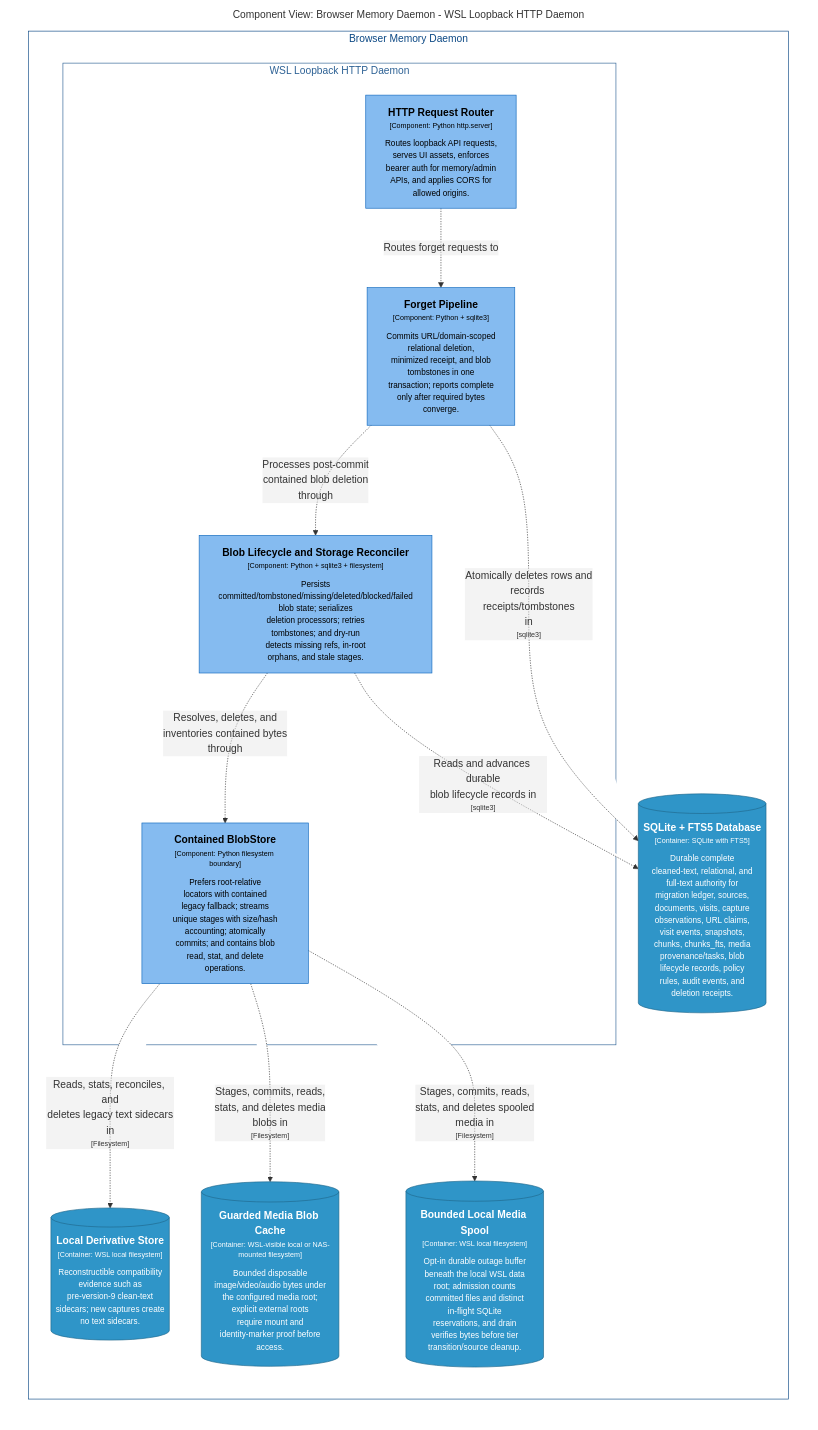
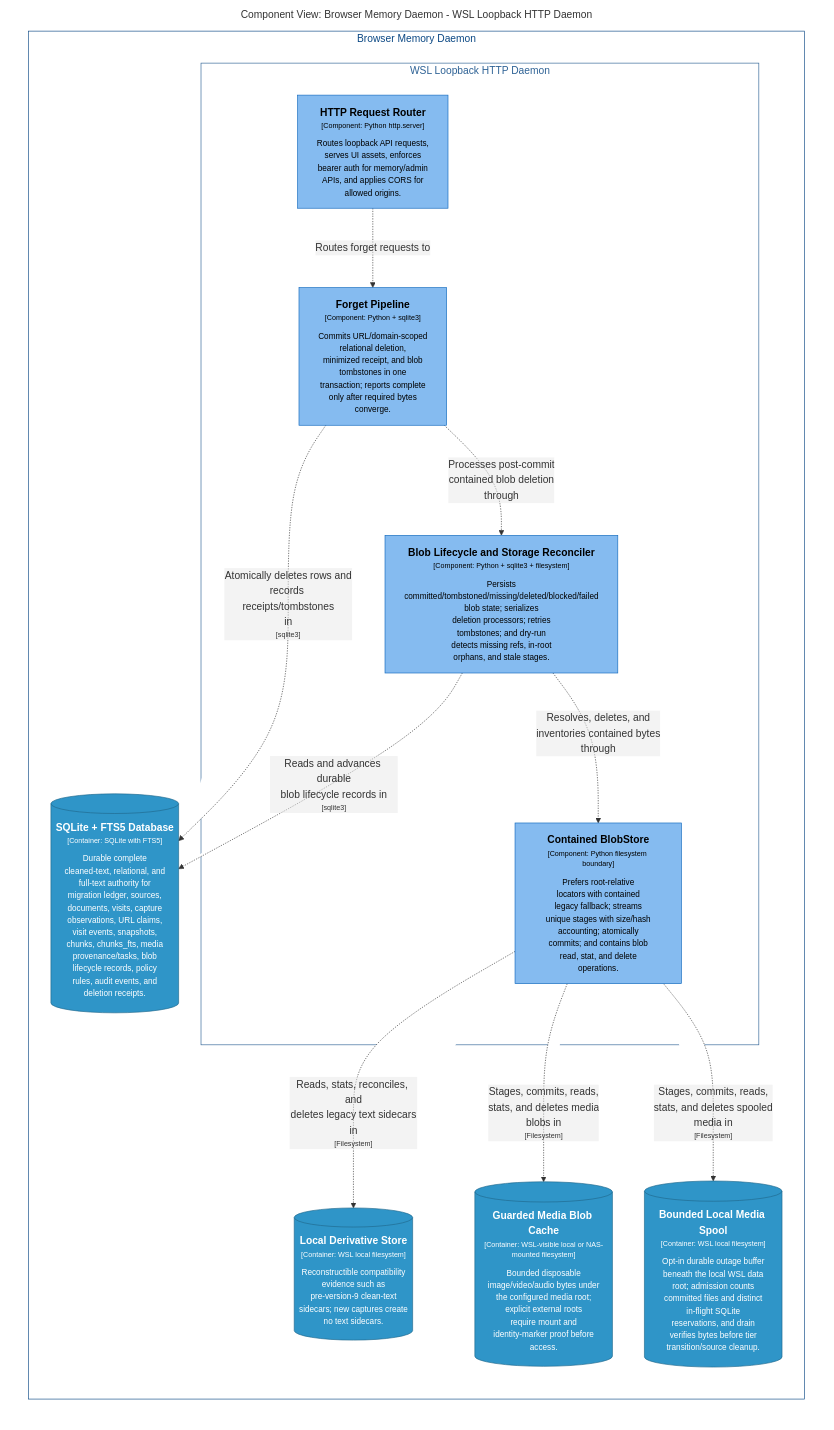
Before and after one commit to michaelnicks0/browser-memory-daemon: the diagram in docs/architecture/diagrams/structurizr-DaemonForgetComponents.mmd, drawn with Mermaid. The commit also changed 154 other files, not shown here.

Commit message:
refactor(media): extract cache admission store

```diff
--- a/docs/architecture/diagrams/structurizr-DaemonForgetComponents.mmd
+++ b/docs/architecture/diagrams/structurizr-DaemonForgetComponents.mmd
@@ -1,42 +1,42 @@
 graph LR
   linkStyle default fill:#ffffff
 
   subgraph diagram ["Component View: Browser Memory Daemon - WSL Loopback HTTP Daemon"]
     style diagram fill:#ffffff,stroke:#ffffff
 
     subgraph 4 ["Browser Memory Daemon"]
       style 4 fill:#ffffff,stroke:#0b4884,color:#0b4884
 
       subgraph 14 ["WSL Loopback HTTP Daemon"]
         style 14 fill:#ffffff,stroke:#2e6295,color:#2e6295
 
         15["<div style='font-weight: bold'>HTTP Request Router</div><div style='font-size: 70%; margin-top: 0px'>[Component: Python http.server]</div><div style='font-size: 80%; margin-top:10px'>Routes loopback API requests,<br />serves UI assets, enforces<br />bearer auth for memory/admin<br />APIs, and applies CORS for<br />allowed origins.</div>"]
         style 15 fill:#85bbf0,stroke:#1168bd,color:#000000
-        24["<div style='font-weight: bold'>Contained BlobStore</div><div style='font-size: 70%; margin-top: 0px'>[Component: Python filesystem boundary]</div><div style='font-size: 80%; margin-top:10px'>Prefers root-relative<br />locators with contained<br />legacy fallback; streams<br />unique stages with size/hash<br />accounting; atomically<br />commits; and contains blob<br />read, stat, and delete<br />operations.</div>"]
-        style 24 fill:#85bbf0,stroke:#1168bd,color:#000000
-        25["<div style='font-weight: bold'>Blob Lifecycle and Storage Reconciler</div><div style='font-size: 70%; margin-top: 0px'>[Component: Python + sqlite3 + filesystem]</div><div style='font-size: 80%; margin-top:10px'>Persists<br />committed/tombstoned/missing/deleted/blocked/failed<br />blob state; serializes<br />deletion processors; retries<br />tombstones; and dry-run<br />detects missing refs, in-root<br />orphans, and stale stages.</div>"]
+        25["<div style='font-weight: bold'>Contained BlobStore</div><div style='font-size: 70%; margin-top: 0px'>[Component: Python filesystem boundary]</div><div style='font-size: 80%; margin-top:10px'>Prefers root-relative<br />locators with contained<br />legacy fallback; streams<br />unique stages with size/hash<br />accounting; atomically<br />commits; and contains blob<br />read, stat, and delete<br />operations.</div>"]
         style 25 fill:#85bbf0,stroke:#1168bd,color:#000000
-        27["<div style='font-weight: bold'>Forget Pipeline</div><div style='font-size: 70%; margin-top: 0px'>[Component: Python + sqlite3]</div><div style='font-size: 80%; margin-top:10px'>Commits URL/domain-scoped<br />relational deletion,<br />minimized receipt, and blob<br />tombstones in one<br />transaction; reports complete<br />only after required bytes<br />converge.</div>"]
-        style 27 fill:#85bbf0,stroke:#1168bd,color:#000000
+        26["<div style='font-weight: bold'>Blob Lifecycle and Storage Reconciler</div><div style='font-size: 70%; margin-top: 0px'>[Component: Python + sqlite3 + filesystem]</div><div style='font-size: 80%; margin-top:10px'>Persists<br />committed/tombstoned/missing/deleted/blocked/failed<br />blob state; serializes<br />deletion processors; retries<br />tombstones; and dry-run<br />detects missing refs, in-root<br />orphans, and stale stages.</div>"]
+        style 26 fill:#85bbf0,stroke:#1168bd,color:#000000
+        28["<div style='font-weight: bold'>Forget Pipeline</div><div style='font-size: 70%; margin-top: 0px'>[Component: Python + sqlite3]</div><div style='font-size: 80%; margin-top:10px'>Commits URL/domain-scoped<br />relational deletion,<br />minimized receipt, and blob<br />tombstones in one<br />transaction; reports complete<br />only after required bytes<br />converge.</div>"]
+        style 28 fill:#85bbf0,stroke:#1168bd,color:#000000
       end
 
-      33[("<div style='font-weight: bold'>SQLite + FTS5 Database</div><div style='font-size: 70%; margin-top: 0px'>[Container: SQLite with FTS5]</div><div style='font-size: 80%; margin-top:10px'>Durable complete<br />cleaned-text, relational, and<br />full-text authority for<br />migration ledger, sources,<br />documents, visits, capture<br />observations, URL claims,<br />visit events, snapshots,<br />chunks, chunks_fts, media<br />provenance/tasks, blob<br />lifecycle records, policy<br />rules, audit events, and<br />deletion receipts.</div>")]
-      style 33 fill:#2f95c8,stroke:#20688c,color:#ffffff
-      34[("<div style='font-weight: bold'>Local Derivative Store</div><div style='font-size: 70%; margin-top: 0px'>[Container: WSL local filesystem]</div><div style='font-size: 80%; margin-top:10px'>Reconstructible compatibility<br />evidence such as<br />pre-version-9 clean-text<br />sidecars; new captures create<br />no text sidecars.</div>")]
+      34[("<div style='font-weight: bold'>SQLite + FTS5 Database</div><div style='font-size: 70%; margin-top: 0px'>[Container: SQLite with FTS5]</div><div style='font-size: 80%; margin-top:10px'>Durable complete<br />cleaned-text, relational, and<br />full-text authority for<br />migration ledger, sources,<br />documents, visits, capture<br />observations, URL claims,<br />visit events, snapshots,<br />chunks, chunks_fts, media<br />provenance/tasks, blob<br />lifecycle records, policy<br />rules, audit events, and<br />deletion receipts.</div>")]
       style 34 fill:#2f95c8,stroke:#20688c,color:#ffffff
-      35[("<div style='font-weight: bold'>Guarded Media Blob Cache</div><div style='font-size: 70%; margin-top: 0px'>[Container: WSL-visible local or NAS-mounted filesystem]</div><div style='font-size: 80%; margin-top:10px'>Bounded disposable<br />image/video/audio bytes under<br />the configured media root;<br />explicit external roots<br />require mount and<br />identity-marker proof before<br />access.</div>")]
+      35[("<div style='font-weight: bold'>Local Derivative Store</div><div style='font-size: 70%; margin-top: 0px'>[Container: WSL local filesystem]</div><div style='font-size: 80%; margin-top:10px'>Reconstructible compatibility<br />evidence such as<br />pre-version-9 clean-text<br />sidecars; new captures create<br />no text sidecars.</div>")]
       style 35 fill:#2f95c8,stroke:#20688c,color:#ffffff
-      36[("<div style='font-weight: bold'>Bounded Local Media Spool</div><div style='font-size: 70%; margin-top: 0px'>[Container: WSL local filesystem]</div><div style='font-size: 80%; margin-top:10px'>Opt-in durable outage buffer<br />beneath the local WSL data<br />root; admission counts<br />committed files and distinct<br />in-flight SQLite<br />reservations, and drain<br />verifies bytes before tier<br />transition/source cleanup.</div>")]
+      36[("<div style='font-weight: bold'>Guarded Media Blob Cache</div><div style='font-size: 70%; margin-top: 0px'>[Container: WSL-visible local or NAS-mounted filesystem]</div><div style='font-size: 80%; margin-top:10px'>Bounded disposable<br />image/video/audio bytes under<br />the configured media root;<br />explicit external roots<br />require mount and<br />identity-marker proof before<br />access.</div>")]
       style 36 fill:#2f95c8,stroke:#20688c,color:#ffffff
+      37[("<div style='font-weight: bold'>Bounded Local Media Spool</div><div style='font-size: 70%; margin-top: 0px'>[Container: WSL local filesystem]</div><div style='font-size: 80%; margin-top:10px'>Opt-in durable outage buffer<br />beneath the local WSL data<br />root; admission counts<br />committed files and distinct<br />in-flight SQLite<br />reservations, and drain<br />verifies bytes before tier<br />transition/source cleanup.</div>")]
+      style 37 fill:#2f95c8,stroke:#20688c,color:#ffffff
     end
 
-    27-. "<div>Processes post-commit<br />contained blob deletion<br />through</div><div style='font-size: 70%'></div>" .->25
-    25-. "<div>Reads and advances durable<br />blob lifecycle records in</div><div style='font-size: 70%'>[sqlite3]</div>" .->33
-    25-. "<div>Resolves, deletes, and<br />inventories contained bytes<br />through</div><div style='font-size: 70%'></div>" .->24
-    24-. "<div>Reads, stats, reconciles, and<br />deletes legacy text sidecars<br />in</div><div style='font-size: 70%'>[Filesystem]</div>" .->34
-    24-. "<div>Stages, commits, reads,<br />stats, and deletes media<br />blobs in</div><div style='font-size: 70%'>[Filesystem]</div>" .->35
-    24-. "<div>Stages, commits, reads,<br />stats, and deletes spooled<br />media in</div><div style='font-size: 70%'>[Filesystem]</div>" .->36
-    15-. "<div>Routes forget requests to</div><div style='font-size: 70%'></div>" .->27
-    27-. "<div>Atomically deletes rows and<br />records receipts/tombstones<br />in</div><div style='font-size: 70%'>[sqlite3]</div>" .->33
+    28-. "<div>Atomically deletes rows and<br />records receipts/tombstones<br />in</div><div style='font-size: 70%'>[sqlite3]</div>" .->34
+    28-. "<div>Processes post-commit<br />contained blob deletion<br />through</div><div style='font-size: 70%'></div>" .->26
+    26-. "<div>Reads and advances durable<br />blob lifecycle records in</div><div style='font-size: 70%'>[sqlite3]</div>" .->34
+    26-. "<div>Resolves, deletes, and<br />inventories contained bytes<br />through</div><div style='font-size: 70%'></div>" .->25
+    25-. "<div>Reads, stats, reconciles, and<br />deletes legacy text sidecars<br />in</div><div style='font-size: 70%'>[Filesystem]</div>" .->35
+    25-. "<div>Stages, commits, reads,<br />stats, and deletes media<br />blobs in</div><div style='font-size: 70%'>[Filesystem]</div>" .->36
+    25-. "<div>Stages, commits, reads,<br />stats, and deletes spooled<br />media in</div><div style='font-size: 70%'>[Filesystem]</div>" .->37
+    15-. "<div>Routes forget requests to</div><div style='font-size: 70%'></div>" .->28
 
   end
```
